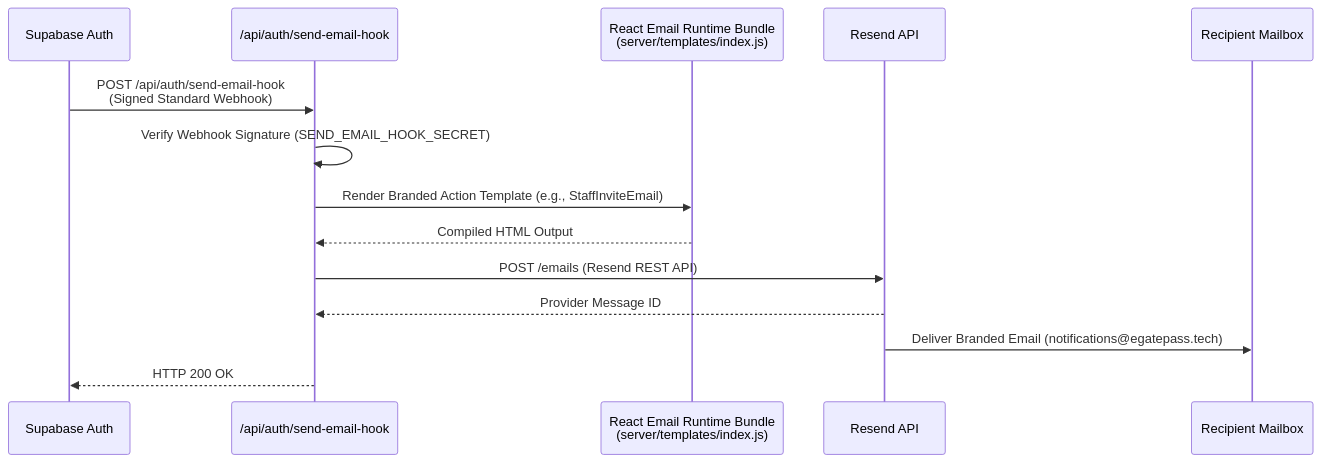
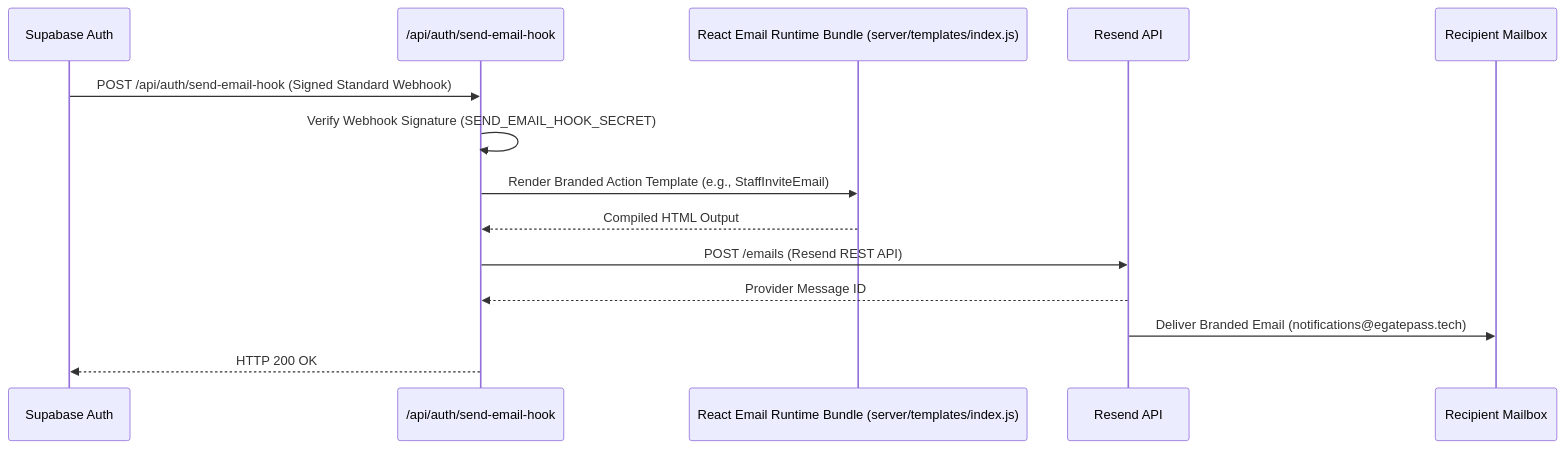
Before and after one commit to jsphhbna/egatepass: the sixth of 10 diagrams in README.md, drawn with Mermaid. The commit also changed other lines of this file and 12 other files, not shown here.

Commit message:
docs: fix Mermaid rendering and documentation drift

````diff
--- a/README.md
+++ b/README.md
@@ -234,17 +240,17 @@
 ```mermaid
 sequenceDiagram
     participant SA as Supabase Auth
     participant Hook as /api/auth/send-email-hook
-    participant Bundle as React Email Runtime Bundle<br/>(server/templates/index.js)
+    participant Bundle as React Email Runtime Bundle (server/templates/index.js)
     participant Resend as Resend API
     participant User as Recipient Mailbox
 
-    SA->>Hook: POST /api/auth/send-email-hook<br/>(Signed Standard Webhook)
+    SA->>Hook: POST /api/auth/send-email-hook (Signed Standard Webhook)
     Hook->>Hook: Verify Webhook Signature (SEND_EMAIL_HOOK_SECRET)
     Hook->>Bundle: Render Branded Action Template (e.g., StaffInviteEmail)
     Bundle-->>Hook: Compiled HTML Output
     Hook->>Resend: POST /emails (Resend REST API)
     Resend-->>Hook: Provider Message ID
     Resend->>User: Deliver Branded Email (notifications@egatepass.tech)
     Hook-->>SA: HTTP 200 OK
 ```
````
